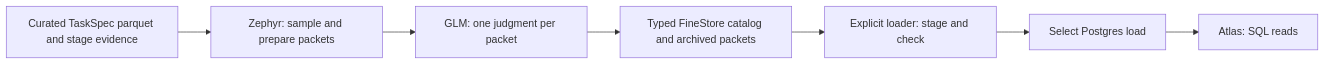
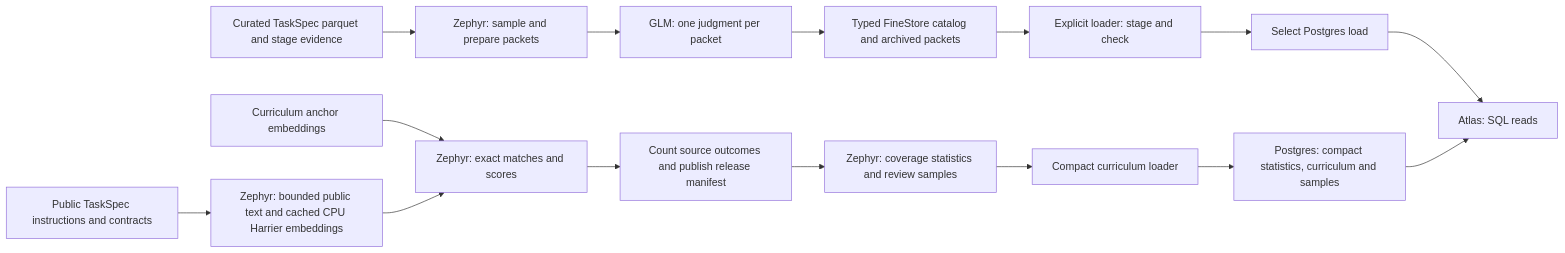
One commit to marin-community/marin changed the diagram in docs/references/rl-data-atlas.md. Above: the diagram before and after it, drawn with Mermaid. The commit also changed other lines of this file and 50 other files, not shown here.

````diff
--- a/docs/references/rl-data-atlas.md
+++ b/docs/references/rl-data-atlas.md
@@ -13,9 +17,17 @@
 ```mermaid
 flowchart LR
   C[Curated TaskSpec parquet and stage evidence] --> P[Zephyr: sample and prepare packets]
   P --> G[GLM: one judgment per packet]
   G --> K[Typed FineStore catalog and archived packets]
   K --> L[Explicit loader: stage and check]
   L --> D[Select Postgres load]
   D --> A[Atlas: SQL reads]
+  T[Public TaskSpec instructions and contracts] --> E[Zephyr: bounded public text and cached CPU Harrier embeddings]
+  H[Curriculum anchor embeddings] --> M[Zephyr: exact matches and scores]
+  E --> M
+  M --> R[Count source outcomes and publish release manifest]
+  R --> CS[Zephyr: coverage statistics and review samples]
+  CS --> CL[Compact curriculum loader]
+  CL --> CA[Postgres: compact statistics, curriculum and samples]
+  CA --> A
 ```
````
